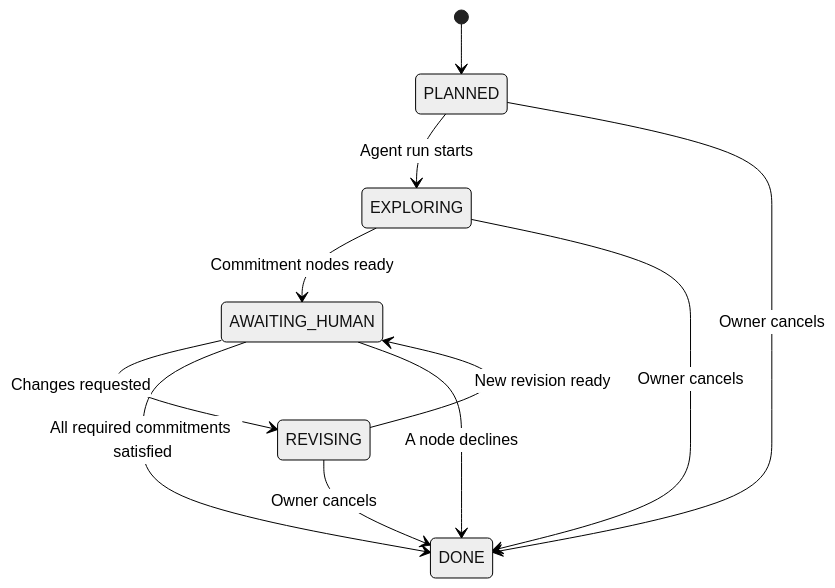
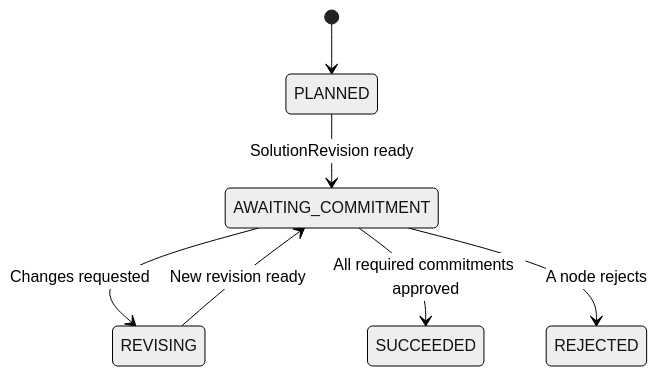
Before and after one commit to sin3000x/agentic-cm: the fourth of 4 diagrams in docs/02-domain-lifecycle.md, drawn with Mermaid (neutral theme). The commit also changed other lines of this file and 27 other files, not shown here.

First line of the commit message:
refactor: Simplify capability schema and drop PENDING case status

````diff
--- a/docs/02-domain-lifecycle.md
+++ b/docs/02-domain-lifecycle.md
@@ -151,13 +148,9 @@
 ```mermaid
 stateDiagram-v2
     [*] --> PLANNED
-    PLANNED --> EXPLORING: Agent run starts
-    EXPLORING --> AWAITING_HUMAN: Commitment nodes ready
-    AWAITING_HUMAN --> REVISING: Changes requested
-    REVISING --> AWAITING_HUMAN: New revision ready
-    AWAITING_HUMAN --> DONE: All required commitments satisfied
-    AWAITING_HUMAN --> DONE: A node declines
-    PLANNED --> DONE: Owner cancels
-    EXPLORING --> DONE: Owner cancels
-    REVISING --> DONE: Owner cancels
+    PLANNED --> AWAITING_COMMITMENT: SolutionRevision ready
+    AWAITING_COMMITMENT --> REVISING: Changes requested
+    REVISING --> AWAITING_COMMITMENT: New revision ready
+    AWAITING_COMMITMENT --> SUCCEEDED: All required commitments approved
+    AWAITING_COMMITMENT --> REJECTED: A node rejects
 ```
````
